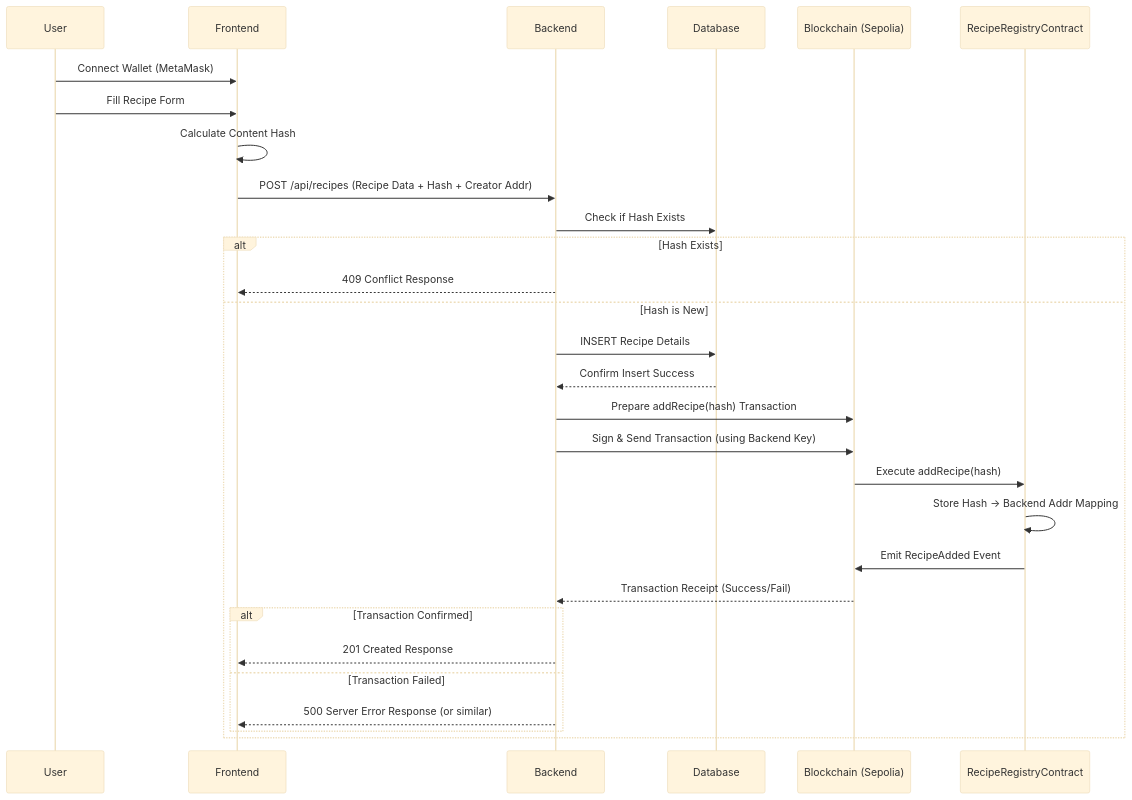
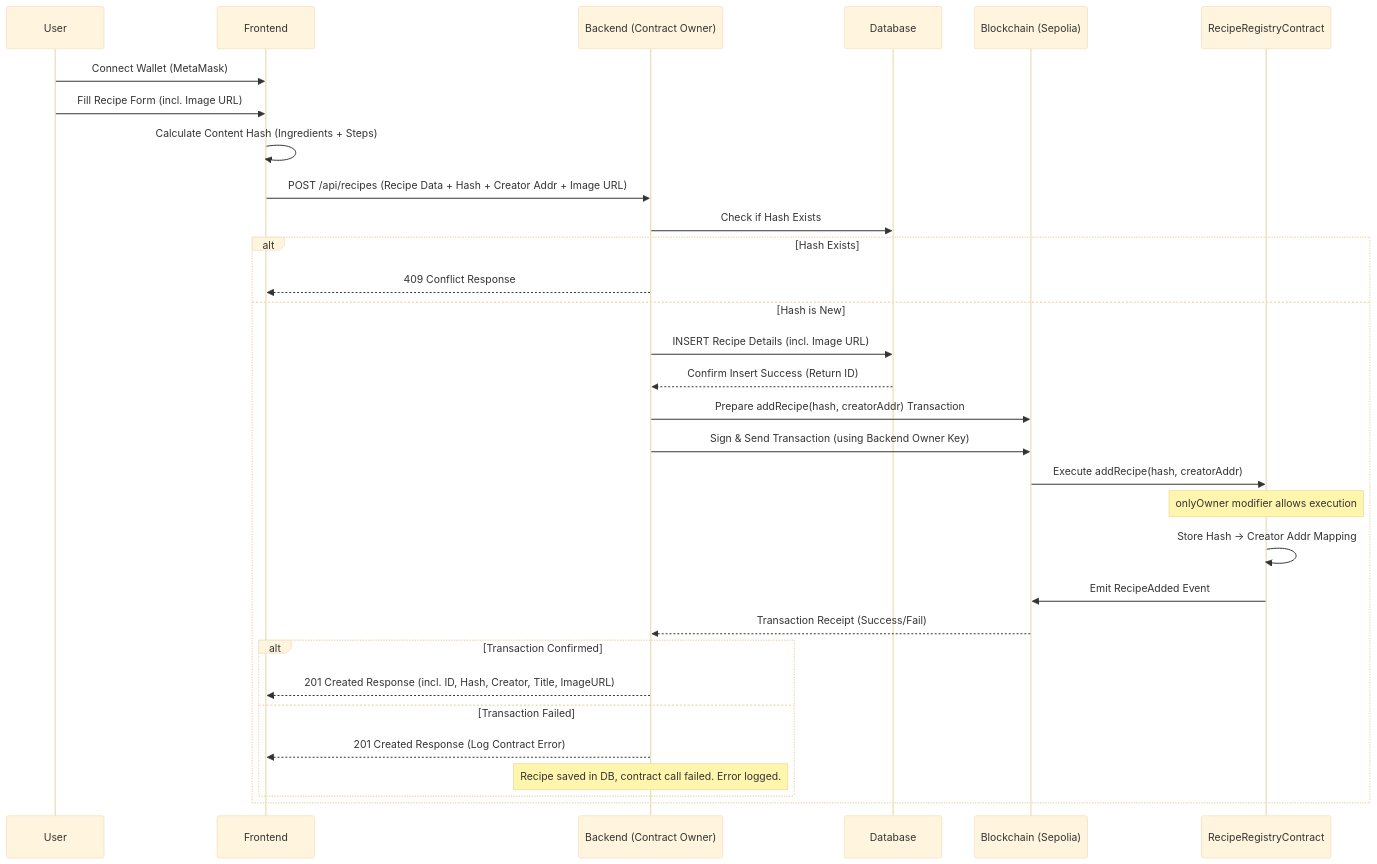
The second of 2 diagrams in README.md (sivaratrisrinivas/proofpot), drawn with Mermaid (base theme) before and after one commit. The commit also changed other lines of this file and 19 other files, not shown here.

````diff
--- a/README.md
+++ b/README.md
@@ -46,32 +46,34 @@
 ```mermaid
 sequenceDiagram
     participant User
     participant Frontend
-    participant Backend
+    participant Backend (Contract Owner)
     participant Database
     participant Blockchain (Sepolia)
     participant RecipeRegistryContract
 
     User->>Frontend: Connect Wallet (MetaMask)
-    User->>Frontend: Fill Recipe Form
-    Frontend->>Frontend: Calculate Content Hash
-    Frontend->>Backend: POST /api/recipes (Recipe Data + Hash + Creator Addr)
-    Backend->>Database: Check if Hash Exists
+    User->>Frontend: Fill Recipe Form (incl. Image URL)
+    Frontend->>Frontend: Calculate Content Hash (Ingredients + Steps)
+    Frontend->>Backend (Contract Owner): POST /api/recipes (Recipe Data + Hash + Creator Addr + Image URL)
+    Backend (Contract Owner)->>Database: Check if Hash Exists
     alt Hash Exists
-        Backend-->>Frontend: 409 Conflict Response
+        Backend (Contract Owner)-->>Frontend: 409 Conflict Response
     else Hash is New
-        Backend->>Database: INSERT Recipe Details
-        Database-->>Backend: Confirm Insert Success
-        Backend->>Blockchain (Sepolia): Prepare addRecipe(hash) Transaction
-        Backend->>Blockchain (Sepolia): Sign & Send Transaction (using Backend Key)
-        Blockchain (Sepolia)->>RecipeRegistryContract: Execute addRecipe(hash)
-        RecipeRegistryContract->>RecipeRegistryContract: Store Hash -> Backend Addr Mapping
+        Backend (Contract Owner)->>Database: INSERT Recipe Details (incl. Image URL)
+        Database-->>Backend (Contract Owner): Confirm Insert Success (Return ID)
+        Backend (Contract Owner)->>Blockchain (Sepolia): Prepare addRecipe(hash, creatorAddr) Transaction
+        Backend (Contract Owner)->>Blockchain (Sepolia): Sign & Send Transaction (using Backend Owner Key)
+        Blockchain (Sepolia)->>RecipeRegistryContract: Execute addRecipe(hash, creatorAddr)
+        Note over RecipeRegistryContract: onlyOwner modifier allows execution
+        RecipeRegistryContract->>RecipeRegistryContract: Store Hash -> Creator Addr Mapping
         RecipeRegistryContract->>Blockchain (Sepolia): Emit RecipeAdded Event
-        Blockchain (Sepolia)-->>Backend: Transaction Receipt (Success/Fail)
+        Blockchain (Sepolia)-->>Backend (Contract Owner): Transaction Receipt (Success/Fail)
         alt Transaction Confirmed
-            Backend-->>Frontend: 201 Created Response
+            Backend (Contract Owner)-->>Frontend: 201 Created Response (incl. ID, Hash, Creator, Title, ImageURL)
         else Transaction Failed
-            Backend-->>Frontend: 500 Server Error Response (or similar)
+            Backend (Contract Owner)-->>Frontend: 201 Created Response (Log Contract Error)
+            Note over Backend (Contract Owner): Recipe saved in DB, contract call failed. Error logged.
         end
     end
 ```
````
